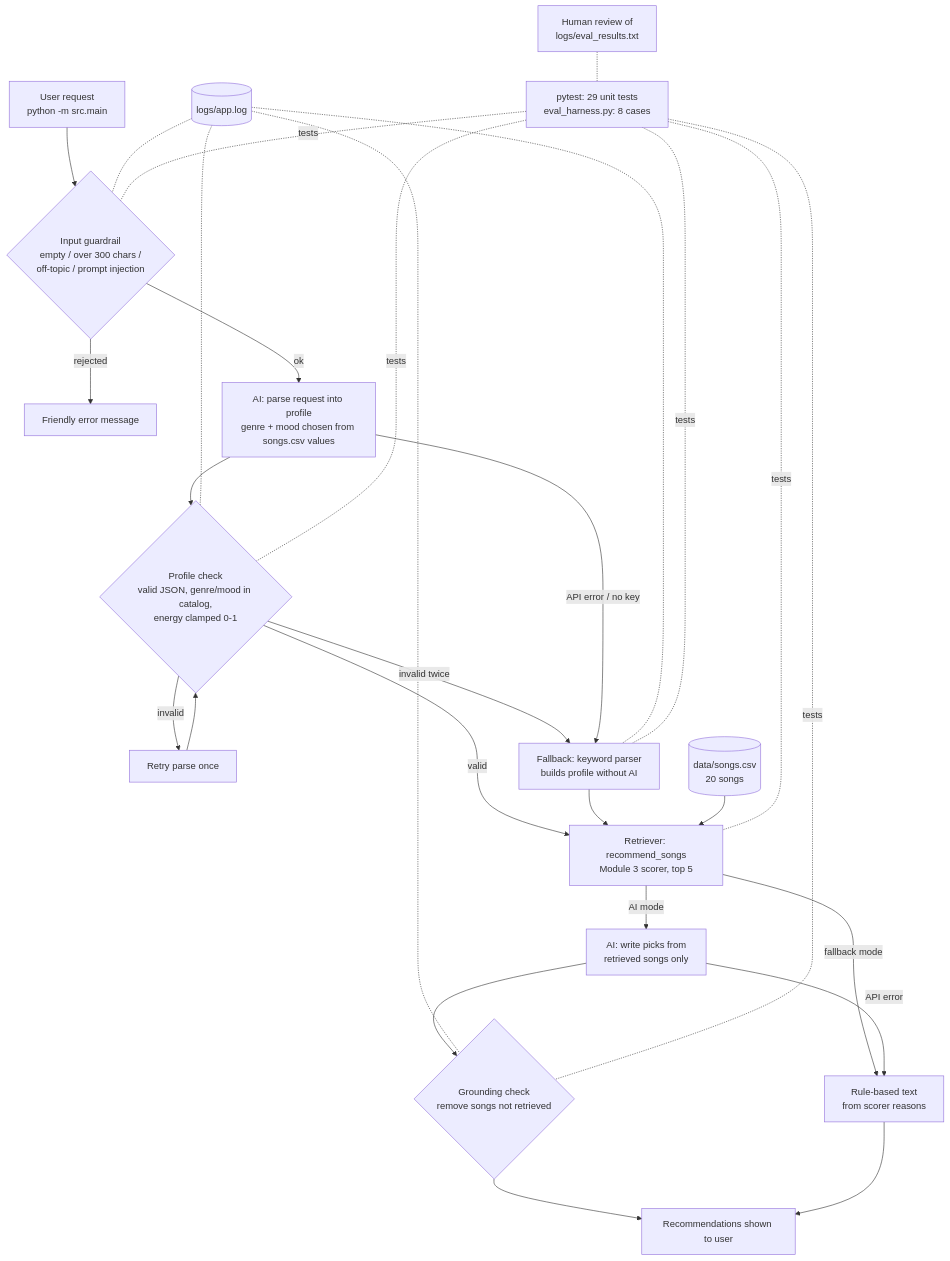
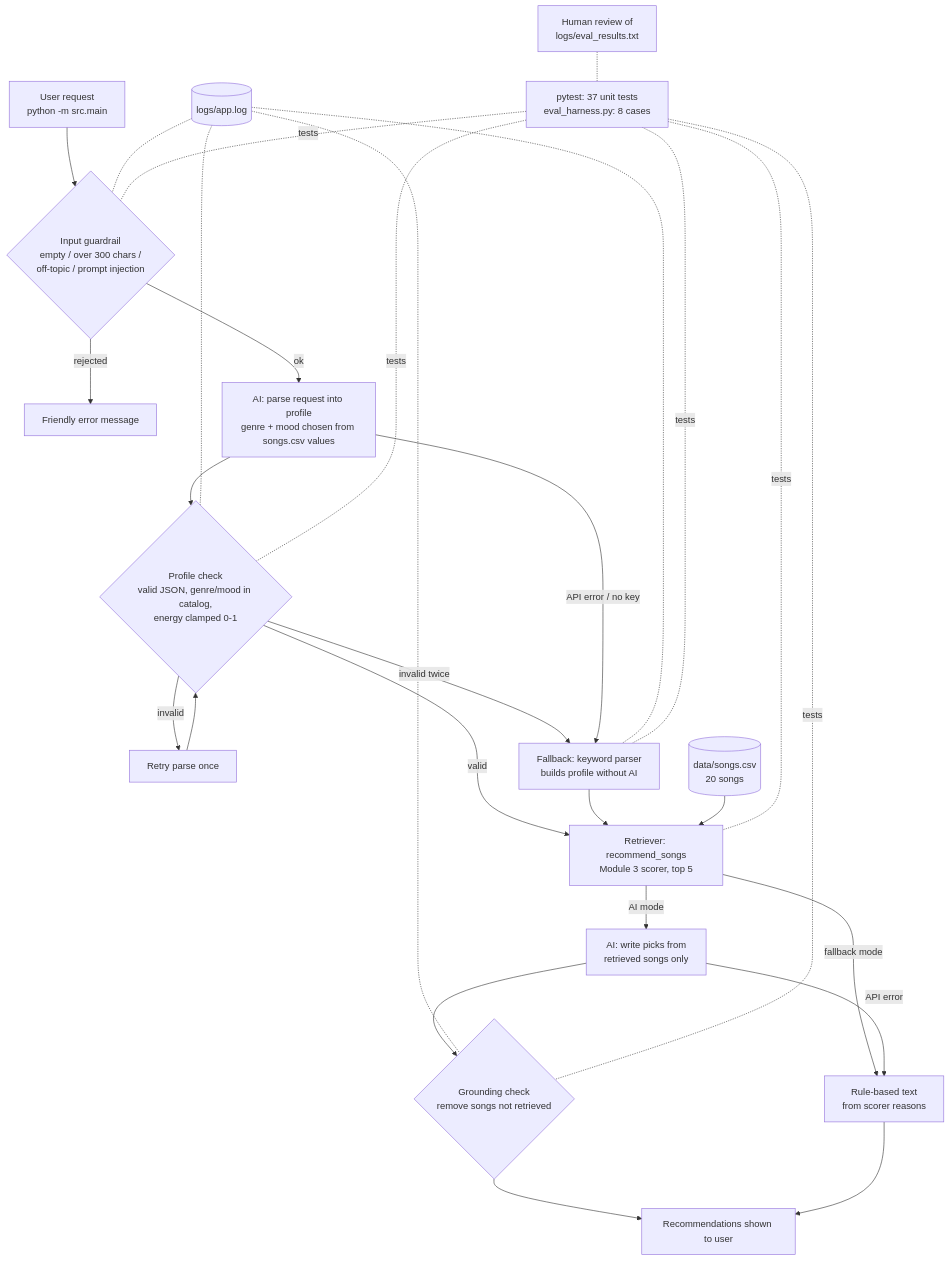
The diagram in diagrams/architecture.mmd (IdyR17/applied-ai-system-final), drawn with Mermaid before and after one commit. The commit also changed 8 other files, not shown here.

```diff
--- a/diagrams/architecture.mmd
+++ b/diagrams/architecture.mmd
@@ -1,22 +1,22 @@
 flowchart TD
     U[User request<br/>python -m src.main] --> G1{Input guardrail<br/>empty / over 300 chars /<br/>off-topic / prompt injection}
     G1 -- rejected --> R1[Friendly error message]
     G1 -- ok --> P[AI: parse request into profile<br/>genre + mood chosen from songs.csv values]
     P --> G2{Profile check<br/>valid JSON, genre/mood in catalog,<br/>energy clamped 0-1}
     G2 -- invalid --> RETRY[Retry parse once]
     RETRY --> G2
     G2 -- invalid twice --> KW[Fallback: keyword parser<br/>builds profile without AI]
     P -- API error / no key --> KW
     G2 -- valid --> RET[Retriever: recommend_songs<br/>Module 3 scorer, top 5]
     KW --> RET
     DB[(data/songs.csv<br/>20 songs)] --> RET
     RET -- AI mode --> GEN[AI: write picks from<br/>retrieved songs only]
     RET -- fallback mode --> RB[Rule-based text<br/>from scorer reasons]
     GEN -- API error --> RB
     GEN --> G3{Grounding check<br/>remove songs not retrieved}
     G3 --> OUT[Recommendations shown to user]
     RB --> OUT
 
     LOG[(logs/app.log)] -.- G1 & G2 & G3 & KW
-    T[pytest: 29 unit tests<br/>eval_harness.py: 8 cases] -. tests .- G1 & G2 & G3 & RET & KW
+    T[pytest: 37 unit tests<br/>eval_harness.py: 8 cases] -. tests .- G1 & G2 & G3 & RET & KW
     H[Human review of<br/>logs/eval_results.txt] -.- T
```
